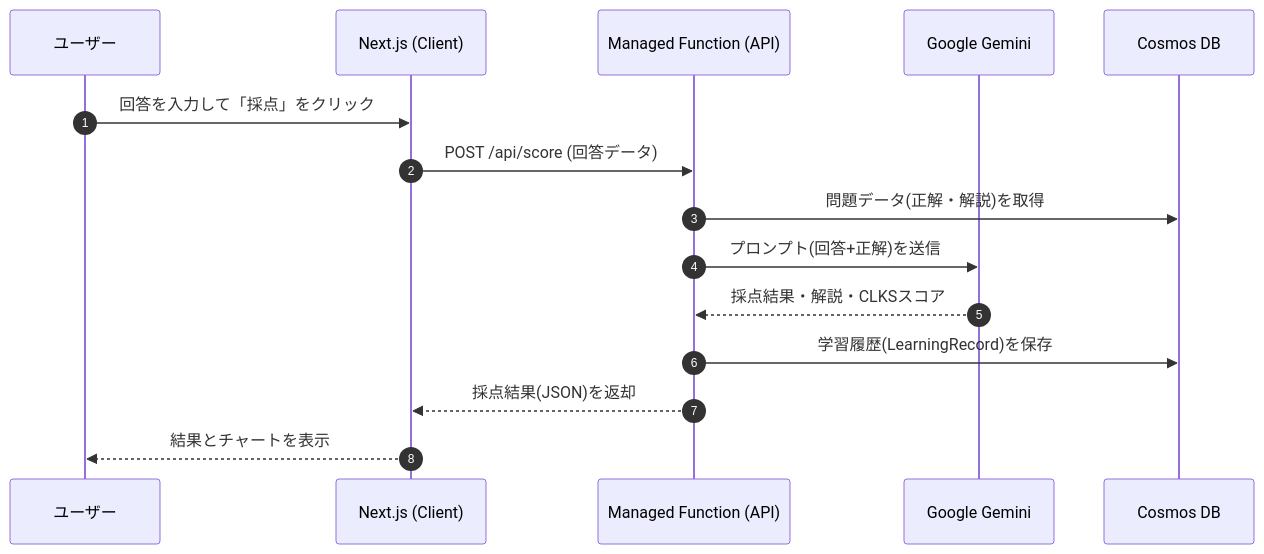
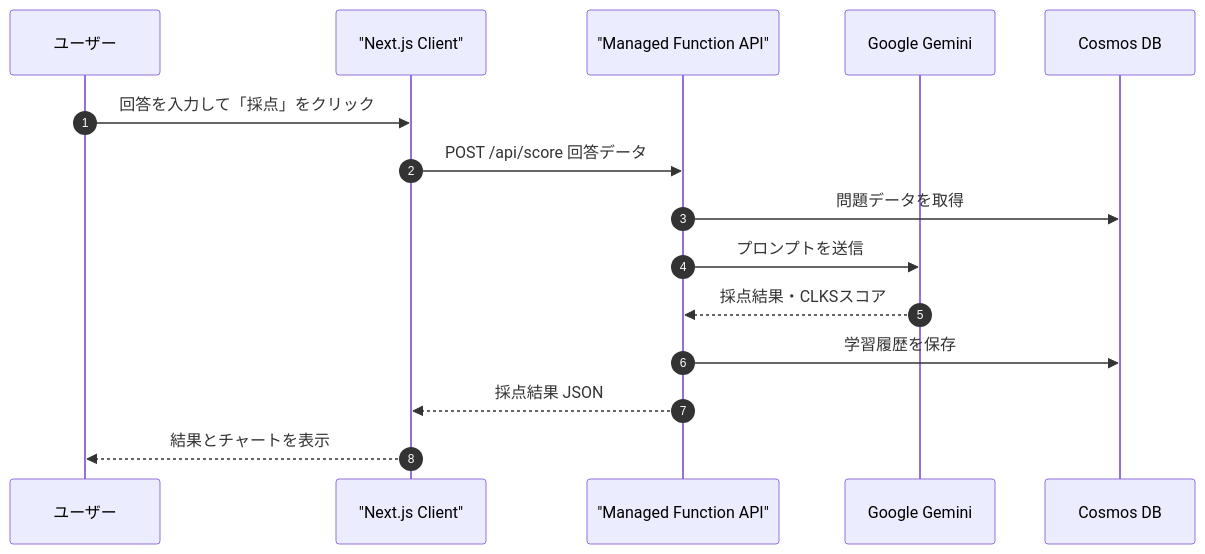
One commit to keisato848/IpaLab changed the second of 2 diagrams in README.md. Above: the diagram before and after it, drawn with Mermaid. The commit also changed other lines of this file, not shown here.

Commit message:
fix: escape parentheses in Mermaid diagrams for GitHub rendering
- Quote node labels containing parentheses in graph TD
- Simplify sequence diagram labels to avoid parsing errors
- Removes <br/> tag that caused issues

````diff
--- a/README.md
+++ b/README.md
@@ -71,18 +71,18 @@
 ```mermaid
 sequenceDiagram
     autonumber
     participant User as ユーザー
-    participant NextJS as Next.js (Client)
-    participant API as Managed Function (API)
+    participant NextJS as "Next.js Client"
+    participant API as "Managed Function API"
     participant Gemini as Google Gemini
     participant DB as Cosmos DB
 
     User->>NextJS: 回答を入力して「採点」をクリック
-    NextJS->>API: POST /api/score (回答データ)
-    API->>DB: 問題データ(正解・解説)を取得
-    API->>Gemini: プロンプト(回答+正解)を送信
-    Gemini-->>API: 採点結果・解説・CLKSスコア
-    API->>DB: 学習履歴(LearningRecord)を保存
-    API-->>NextJS: 採点結果(JSON)を返却
+    NextJS->>API: POST /api/score 回答データ
+    API->>DB: 問題データを取得
+    API->>Gemini: プロンプトを送信
+    Gemini-->>API: 採点結果・CLKSスコア
+    API->>DB: 学習履歴を保存
+    API-->>NextJS: 採点結果 JSON
     NextJS-->>User: 結果とチャートを表示
 ```
````
